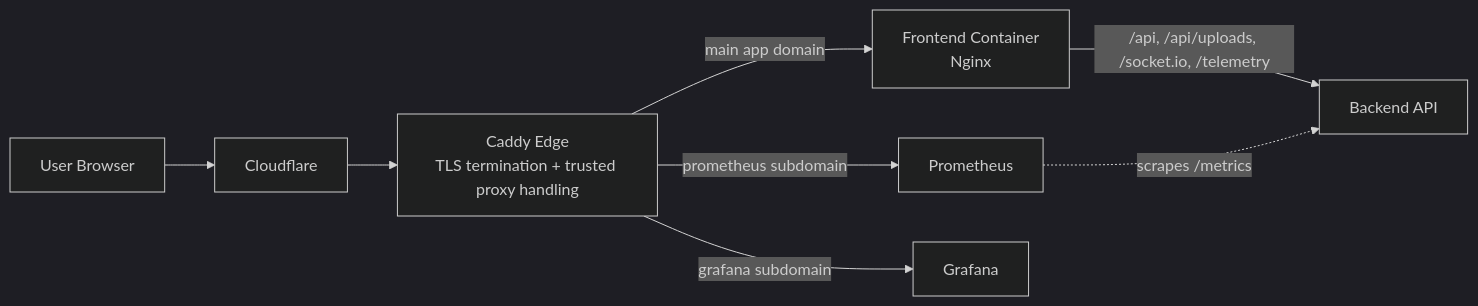
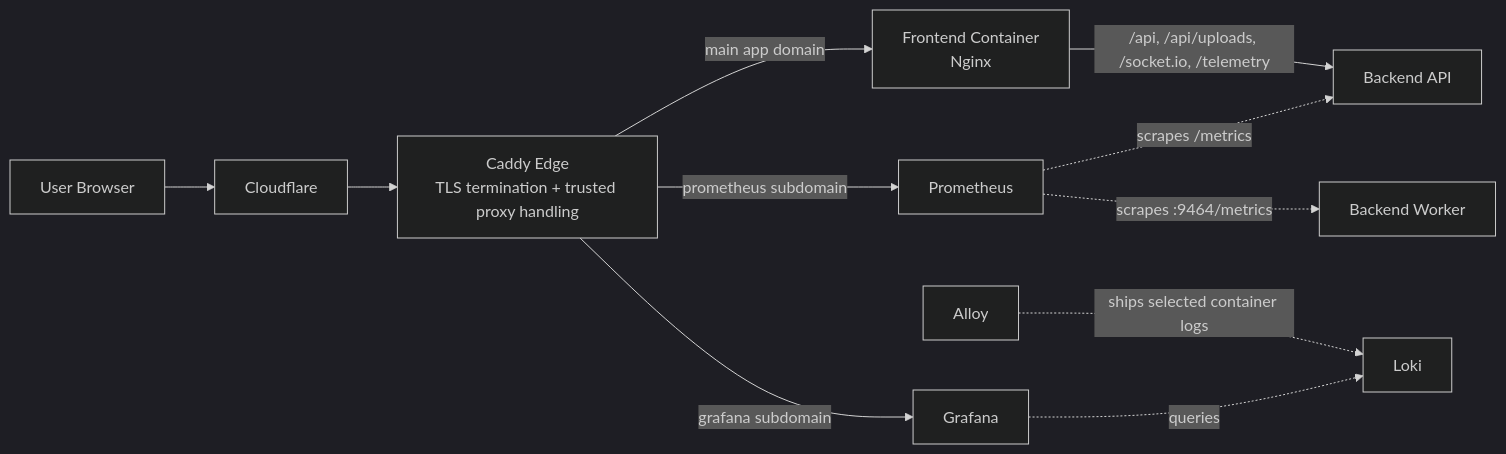
The second of 2 diagrams in README.md (danzin/image-app), drawn with Mermaid (dark theme) before and after one commit. The commit also changed other lines of this file and 138 other files, not shown here.

````diff
--- a/README.md
+++ b/README.md
@@ -55,10 +65,13 @@
 ```mermaid
 flowchart LR
   U[User Browser] --> CF[Cloudflare]
   CF --> C[Caddy Edge\nTLS termination + trusted proxy handling]
   C -->|main app domain| F[Frontend Container\nNginx]
   F -->|/api, /api/uploads, /socket.io, /telemetry| B[Backend API]
   C -->|prometheus subdomain| P[Prometheus]
   C -->|grafana subdomain| G[Grafana]
   P -. scrapes /metrics .-> B
+  P -. scrapes :9464/metrics .-> W[Backend Worker]
+  A[Alloy] -. ships selected container logs .-> L[Loki]
+  G -. queries .-> L
 ```
````
